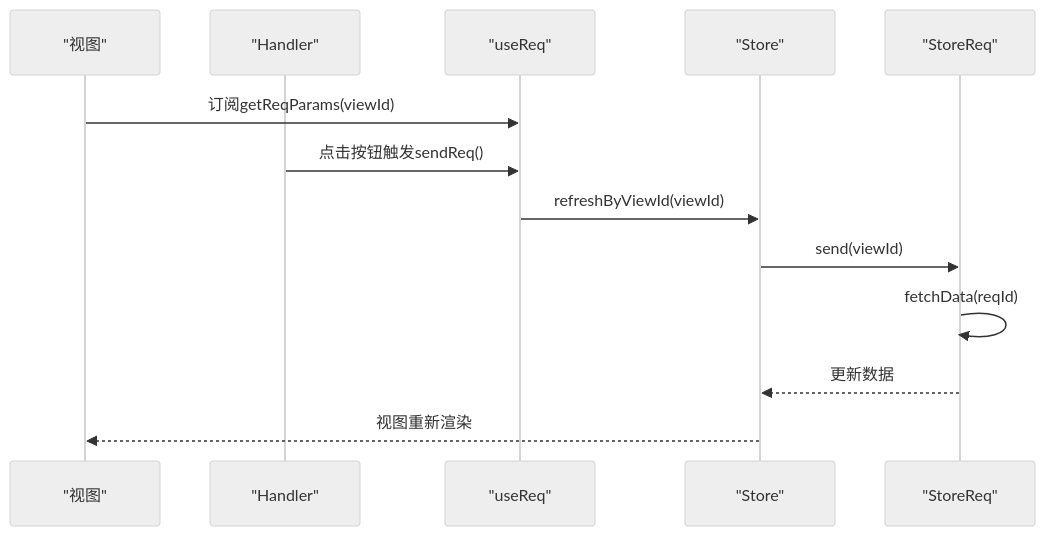
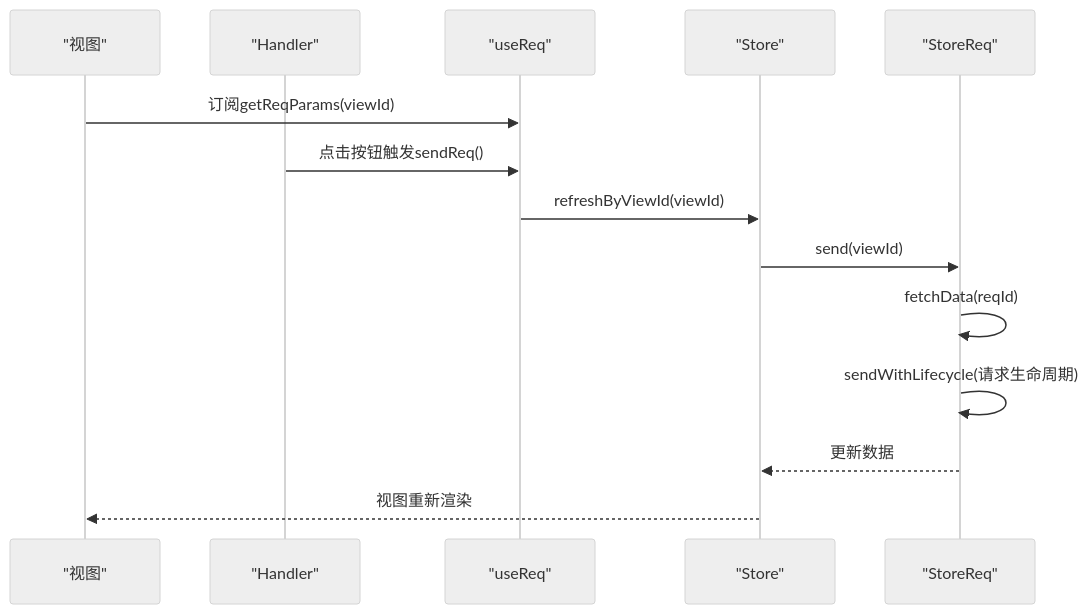
One commit to liqiongke/FrontArk changed the seventh of 8 diagrams in .qoder/repowiki/zh/content/架构设计/数据流管理/请求生命周期.md. Above: the diagram before and after it, drawn with Mermaid (neutral theme). The commit also changed other lines of this file and 25 other files, not shown here.

````diff
--- a/.qoder/repowiki/zh/content/架构设计/数据流管理/请求生命周期.md
+++ b/.qoder/repowiki/zh/content/架构设计/数据流管理/请求生命周期.md
@@ -223,15 +363,16 @@
 ```mermaid
 sequenceDiagram
 participant V as "视图"
 participant H as "Handler"
 participant U as "useReq"
 participant S as "Store"
 participant R as "StoreReq"
 V->>U : 订阅getReqParams(viewId)
 H->>U : 点击按钮触发sendReq()
 U->>S : refreshByViewId(viewId)
 S->>R : send(viewId)
 R->>R : fetchData(reqId)
+R->>R : sendWithLifecycle(请求生命周期)
 R-->>S : 更新数据
 S-->>V : 视图重新渲染
 ```
````
